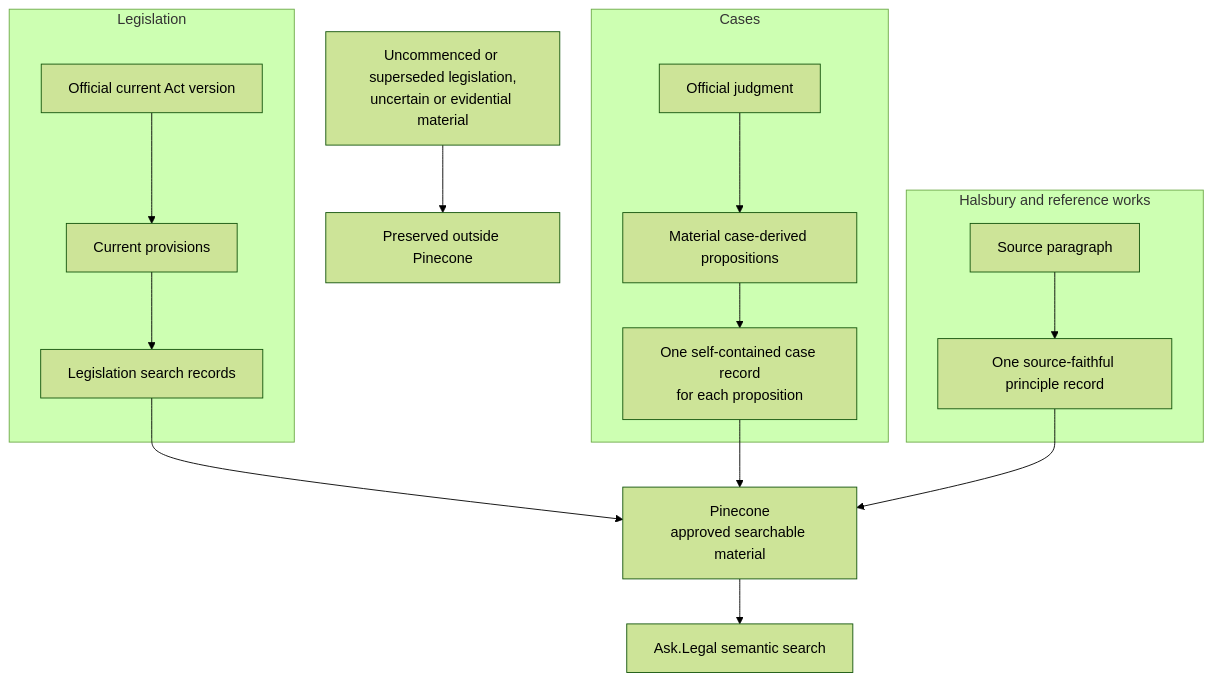
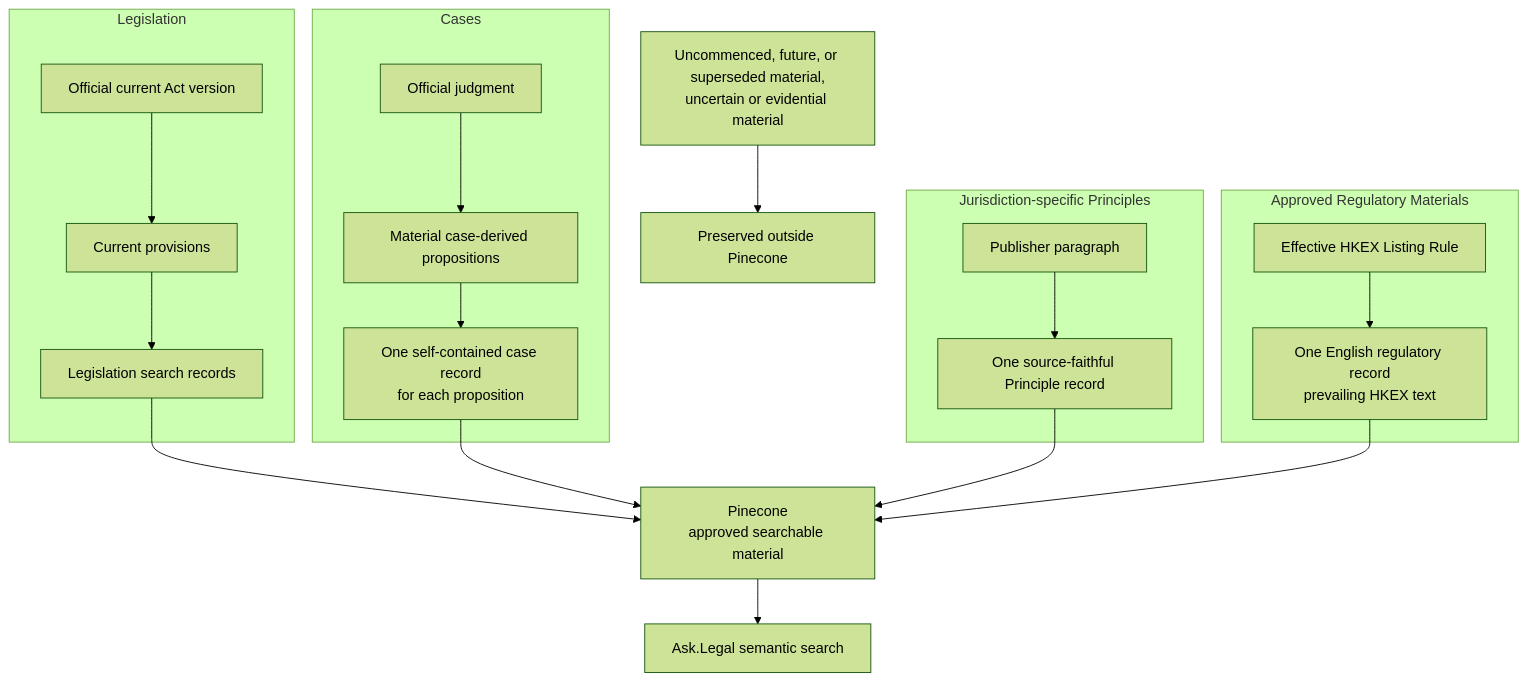
Diagram 12 of 23 in docs/design/INITIAL_OVERALL_PIPELINE_DESIGN.md (stevw-repo/AutonomousLCP), drawn with Mermaid (forest theme) before and after one commit. The commit also changed other lines of this file and 96 other files, not shown here.

````diff
--- a/docs/design/INITIAL_OVERALL_PIPELINE_DESIGN.md
+++ b/docs/design/INITIAL_OVERALL_PIPELINE_DESIGN.md
@@ -610,30 +994,37 @@
 ```mermaid
 flowchart TB
     subgraph legislation["Legislation"]
         LA["Official current Act version"]
         LP["Current provisions"]
         LR["Legislation search records"]
         LA --> LP --> LR
     end
 
     subgraph cases["Cases"]
         CJ["Official judgment"]
         CP["Material case-derived propositions"]
         CR["One self-contained case record<br/>for each proposition"]
         CJ --> CP --> CR
     end
 
-    subgraph books["Halsbury and reference works"]
-        HP["Source paragraph"]
-        HR["One source-faithful principle record"]
+    subgraph books["Jurisdiction-specific Principles"]
+        HP["Publisher paragraph"]
+        HR["One source-faithful Principle record"]
         HP --> HR
+    end
+
+    subgraph regulatory["Approved Regulatory Materials"]
+        HE["Effective HKEX Listing Rule"]
+        HG["One English regulatory record<br/>prevailing HKEX text"]
+        HE --> HG
     end
 
     LR --> PC["Pinecone<br/>approved searchable material"]
     CR --> PC
     HR --> PC
+    HG --> PC
     PC --> AL["Ask.Legal semantic search"]
 
-    OUT["Uncommenced or superseded legislation,<br/>uncertain or evidential material"]
+    OUT["Uncommenced, future, or superseded material,<br/>uncertain or evidential material"]
     OUT --> EV["Preserved outside Pinecone"]
 ```
````
